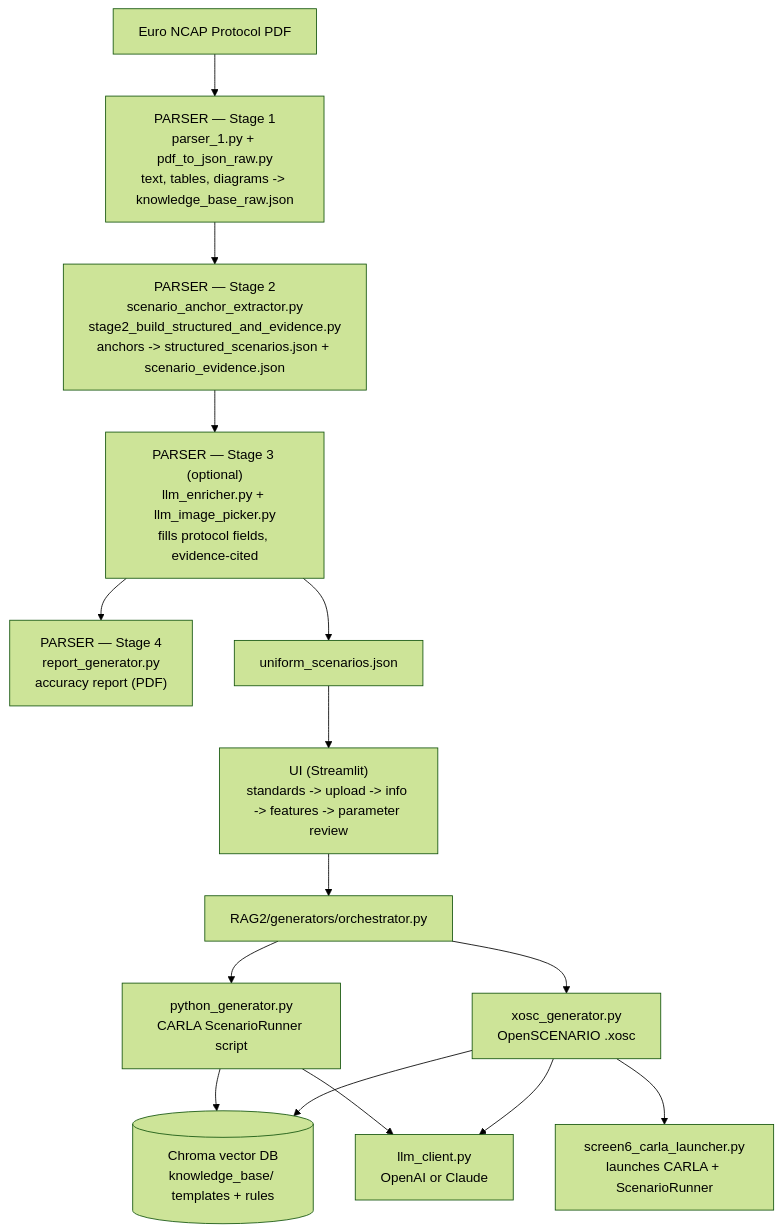
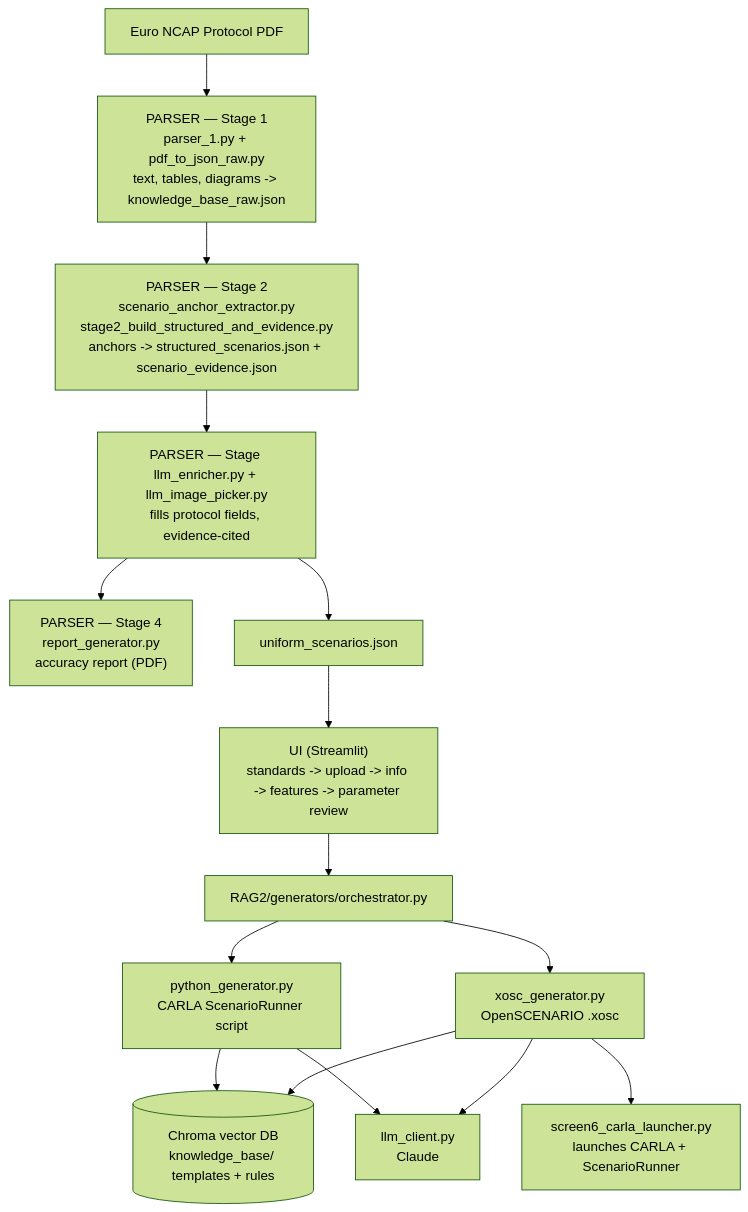
One commit to Shamanth650/MASTER_THESIS changed the diagram in README.md. Above: the diagram before and after it, drawn with Mermaid (forest theme).

Commit message:
Revise flowchart stages in README
Updated the flowchart in the README to reflect changes in Stage 2 and Stage 3 of the parser process.

````diff
--- a/README.md
+++ b/README.md
@@ -40,21 +40,21 @@
 ```mermaid
 flowchart TD
     PDF["Euro NCAP Protocol PDF"] --> P1["PARSER — Stage 1<br/>parser_1.py + pdf_to_json_raw.py<br/>text, tables, diagrams -> knowledge_base_raw.json"]
     P1 --> P2["PARSER — Stage 2<br/>scenario_anchor_extractor.py<br/>stage2_build_structured_and_evidence.py<br/>anchors -> structured_scenarios.json + scenario_evidence.json"]
-    P2 --> P3["PARSER — Stage 3 (optional)<br/>llm_enricher.py + llm_image_picker.py<br/>fills protocol fields, evidence-cited"]
+    P2 --> P3["PARSER — Stage <br/>llm_enricher.py + llm_image_picker.py<br/>fills protocol fields, evidence-cited"]
     P3 --> P4["PARSER — Stage 4<br/>report_generator.py<br/>accuracy report (PDF)"]
     P3 --> UNI["uniform_scenarios.json"]
 
     UNI --> UI["UI (Streamlit)<br/>standards -> upload -> info -> features -> parameter review"]
     UI --> ORCH["RAG2/generators/orchestrator.py"]
 
     ORCH --> PY["python_generator.py<br/>CARLA ScenarioRunner script"]
     ORCH --> XOSC["xosc_generator.py<br/>OpenSCENARIO .xosc"]
 
     PY --> CHROMA[("Chroma vector DB<br/>knowledge_base/ templates + rules")]
     XOSC --> CHROMA
-    PY --> LLM["llm_client.py<br/>OpenAI or Claude"]
+    PY --> LLM["llm_client.py<br/> Claude"]
     XOSC --> LLM
 
     XOSC --> LAUNCH["screen6_carla_launcher.py<br/>launches CARLA + ScenarioRunner"]
 ```
````
